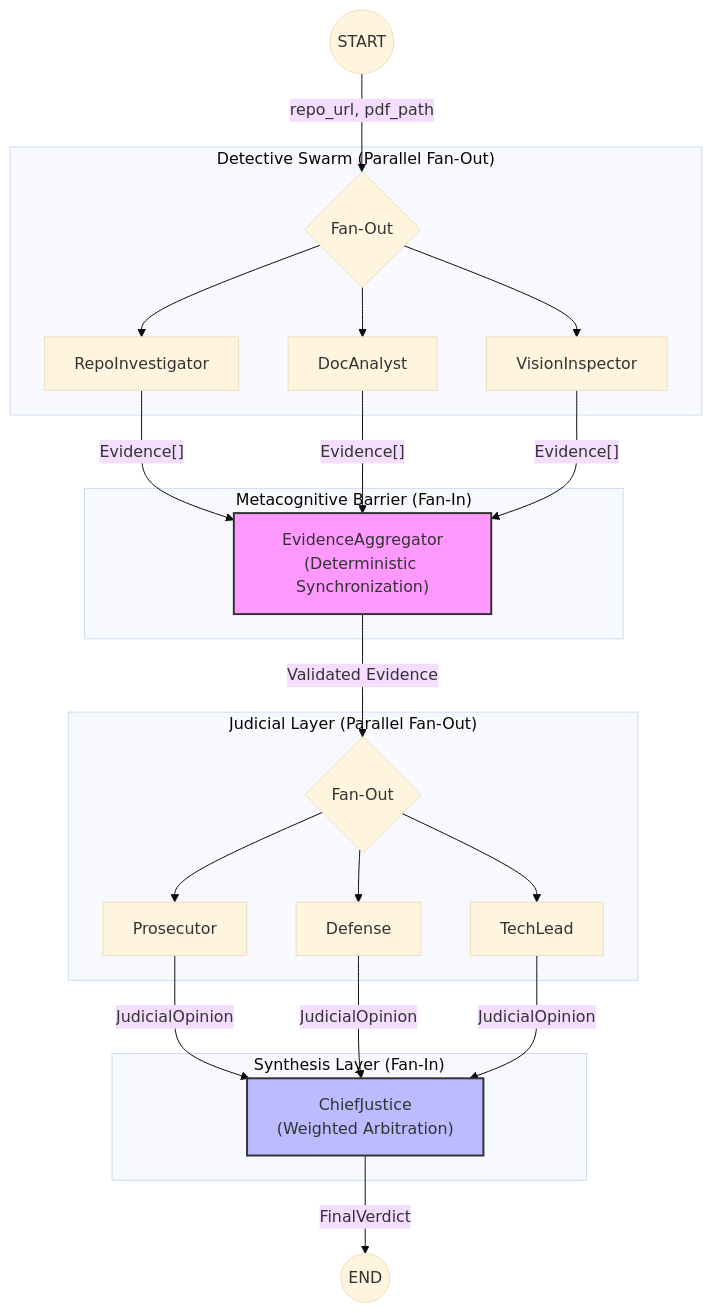
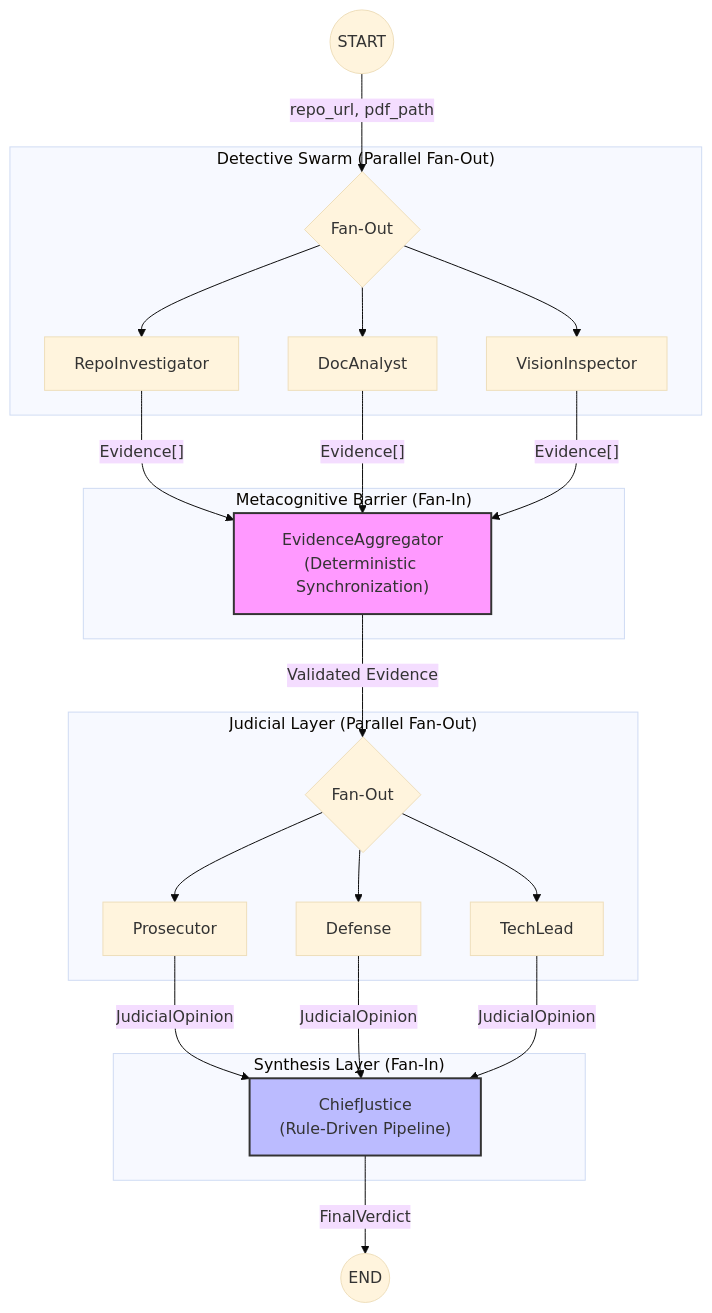
The diagram in reports/interim_report.md (richh-s/automaton-auditor), drawn with Mermaid (base theme) before and after one commit. The commit also changed other lines of this file, not shown here.

Commit message:
docs: update interim report with Phase 4 — ChiefJustice pipeline, structured conflicts, report generation, and test coverage

````diff
--- a/reports/interim_report.md
+++ b/reports/interim_report.md
@@ -10,41 +10,41 @@
 ```mermaid
 graph TD
     START((START)) --> |"repo_url, pdf_path"| Detectives
     
     subgraph "Detective Swarm (Parallel Fan-Out)"
         Detectives{Fan-Out}
         Detectives --> RepoInvestigator
         Detectives --> DocAnalyst
         Detectives --> VisionInspector
     end
 
     RepoInvestigator --> |"Evidence[]"| EvidenceAggregator
     DocAnalyst --> |"Evidence[]"| EvidenceAggregator
     VisionInspector --> |"Evidence[]"| EvidenceAggregator
 
     subgraph "Metacognitive Barrier (Fan-In)"
         EvidenceAggregator["EvidenceAggregator<br/>(Deterministic Synchronization)"]
     end
 
     EvidenceAggregator --> |"Validated Evidence"| Judges
 
     subgraph "Judicial Layer (Parallel Fan-Out)"
         Judges{Fan-Out}
         Judges --> Prosecutor
         Judges --> Defense
         Judges --> TechLead
     end
 
     Prosecutor --> |"JudicialOpinion"| ChiefJustice
     Defense --> |"JudicialOpinion"| ChiefJustice
     TechLead --> |"JudicialOpinion"| ChiefJustice
 
     subgraph "Synthesis Layer (Fan-In)"
-        ChiefJustice["ChiefJustice<br/>(Weighted Arbitration)"]
+        ChiefJustice["ChiefJustice<br/>(Rule-Driven Pipeline)"]
     end
 
     ChiefJustice --> |"FinalVerdict"| END((END))
 
     style EvidenceAggregator fill:#f9f,stroke:#333,stroke-width:2px
     style ChiefJustice fill:#bbf,stroke:#333,stroke-width:2px
 ```
````
